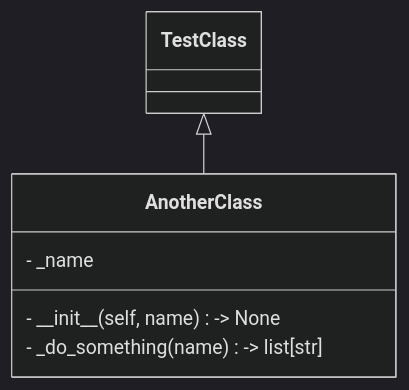
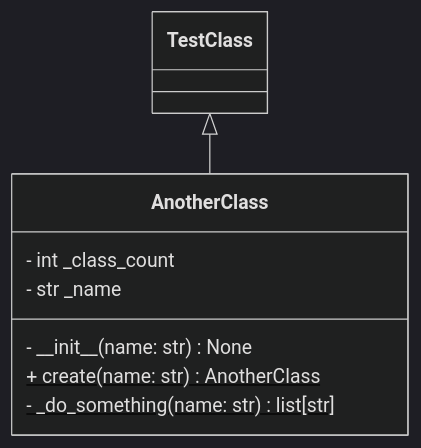
The third of 5 diagrams in class_diagrams.md (FabianGnatzig/MermaidGenerator), drawn with Mermaid (dark theme) before and after one commit. The commit also changed other lines of this file and 3 other files, not shown here.

First line of the commit message:
feat: add comprehensive Python language support to diagram generator

````diff
--- a/class_diagrams.md
+++ b/class_diagrams.md
@@ -17,9 +43,11 @@
 ```mermaid
 classDiagram
 TestClass <|-- AnotherClass
     class AnotherClass {
-- \_name
-- \_\_init\_\_(self, name) -> None
-- \_do\_something(name) -> list[str]
+- int \_class\_count
+- str \_name
+- \_\_init\_\_(name: str) None
++ create(name: str) AnotherClass $
+- \_do\_something(name: str) list[str] $
 }
 ```
````
